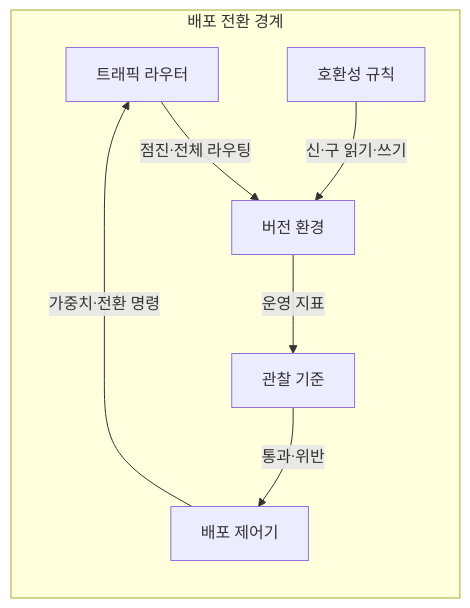
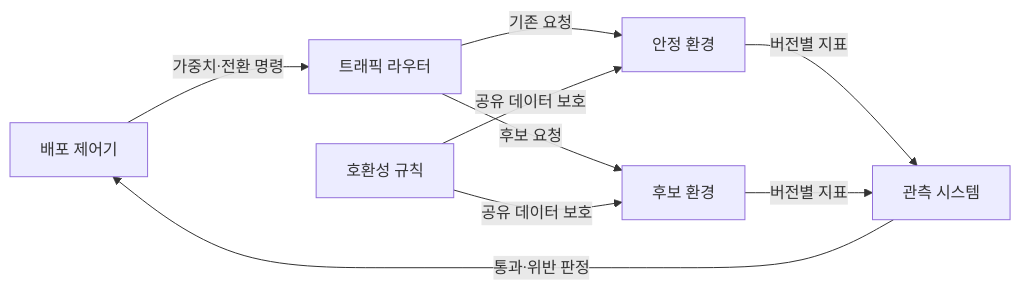
One commit to agnusdei1207/knowledge-base changed the first of 2 diagrams in src/content/docs/notes/03-software/063_canary_blue_green_deployment.md. Above: the diagram before and after it, drawn with Mermaid. The commit also changed other lines of this file and 7 other files, not shown here.

````diff
--- a/src/content/docs/notes/03-software/063_canary_blue_green_deployment.md
+++ b/src/content/docs/notes/03-software/063_canary_blue_green_deployment.md
@@ -59,15 +56,11 @@
 ```mermaid
 flowchart LR
-    subgraph D[배포 전환 경계]
-        R[트래픽 라우터]
-        E[버전 환경]
-        O[관찰 기준]
-        C[배포 제어기]
-        H[호환성 규칙]
-        C -->|가중치·전환 명령| R
-        R -->|점진·전체 라우팅| E
-        E -->|운영 지표| O
-        O -->|통과·위반| C
-        H -->|신·구 읽기·쓰기| E
-    end
+    C[배포 제어기] -->|가중치·전환 명령| R[트래픽 라우터]
+    R -->|기존 요청| S[안정 환경]
+    R -->|후보 요청| N[후보 환경]
+    S -->|버전별 지표| O[관측 시스템]
+    N -->|버전별 지표| O
+    O -->|통과·위반 판정| C
+    H[호환성 규칙] -->|공유 데이터 보호| S
+    H -->|공유 데이터 보호| N
 ```
````
